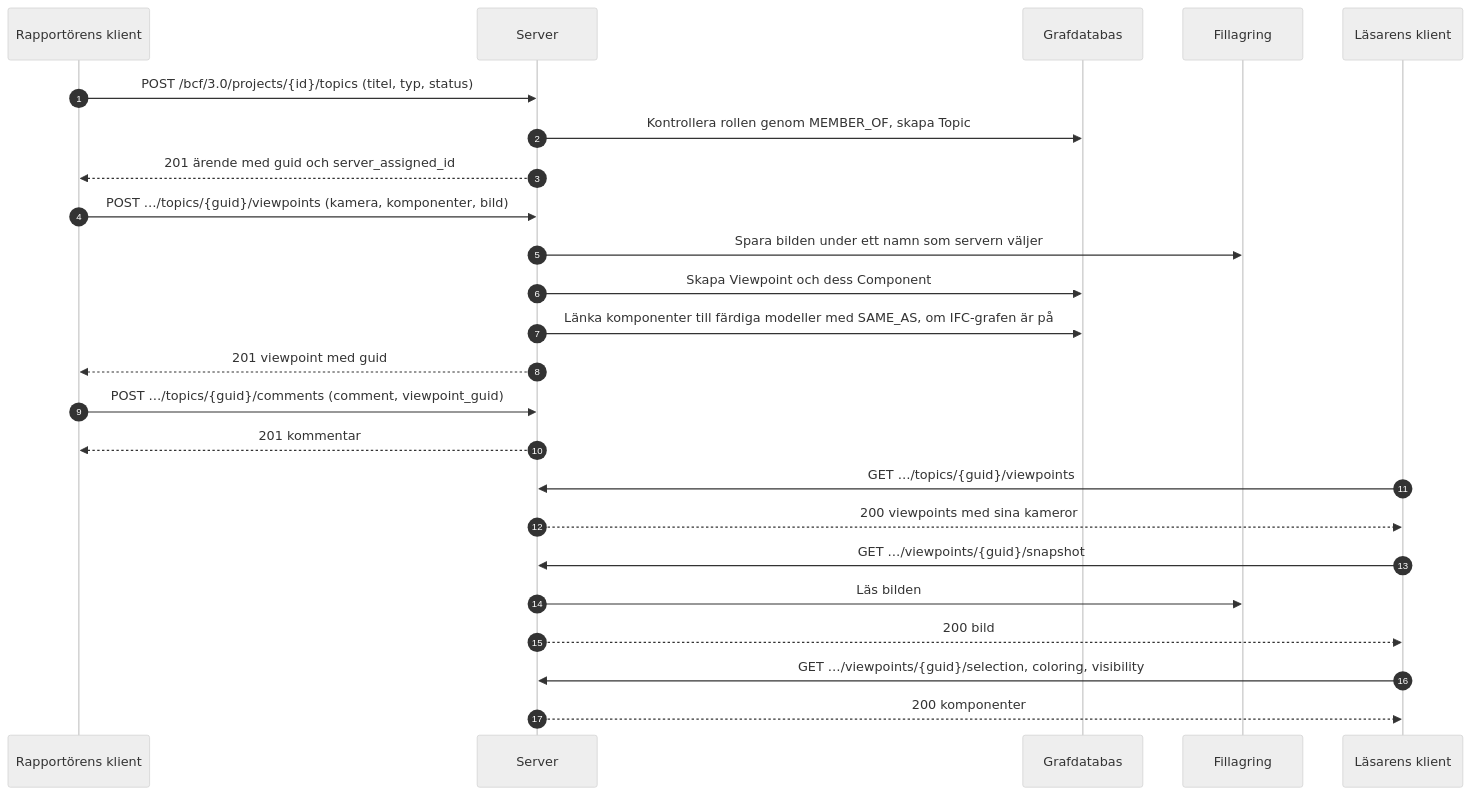
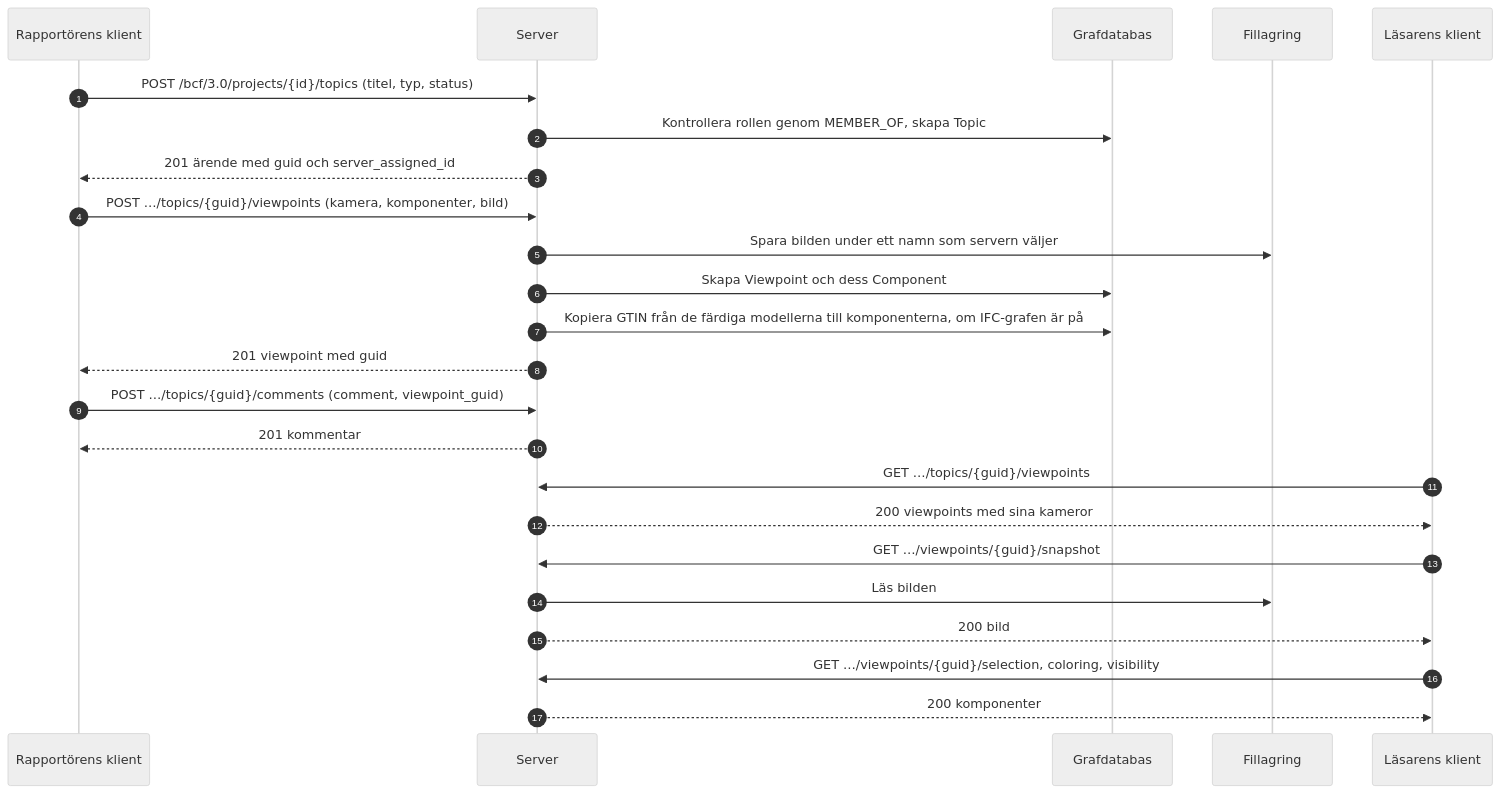
The diagram in docs/sv/flows/bcf-viewpoint.md (marwiss/Kontroll), drawn with Mermaid (neutral theme) before and after one commit. The commit also changed other lines of this file and 50 other files, not shown here.

First line of the commit message:
Take the queries and the GTIN from IFC-LPG

````diff
--- a/docs/sv/flows/bcf-viewpoint.md
+++ b/docs/sv/flows/bcf-viewpoint.md
@@ -8,27 +8,27 @@
 ```mermaid
 sequenceDiagram
     autonumber
     participant A as Rapportörens klient
     participant S as Server
     participant G as Grafdatabas
     participant F as Fillagring
     participant B as Läsarens klient
 
     A->>S: POST /bcf/3.0/projects/{id}/topics (titel, typ, status)
     S->>G: Kontrollera rollen genom MEMBER_OF, skapa Topic
     S-->>A: 201 ärende med guid och server_assigned_id
     A->>S: POST …/topics/{guid}/viewpoints (kamera, komponenter, bild)
     S->>F: Spara bilden under ett namn som servern väljer
     S->>G: Skapa Viewpoint och dess Component
-    S->>G: Länka komponenter till färdiga modeller med SAME_AS, om IFC-grafen är på
+    S->>G: Kopiera GTIN från de färdiga modellerna till komponenterna, om IFC-grafen är på
     S-->>A: 201 viewpoint med guid
     A->>S: POST …/topics/{guid}/comments (comment, viewpoint_guid)
     S-->>A: 201 kommentar
     B->>S: GET …/topics/{guid}/viewpoints
     S-->>B: 200 viewpoints med sina kameror
     B->>S: GET …/viewpoints/{guid}/snapshot
     S->>F: Läs bilden
     S-->>B: 200 bild
     B->>S: GET …/viewpoints/{guid}/selection, coloring, visibility
     S-->>B: 200 komponenter
 ```
````
